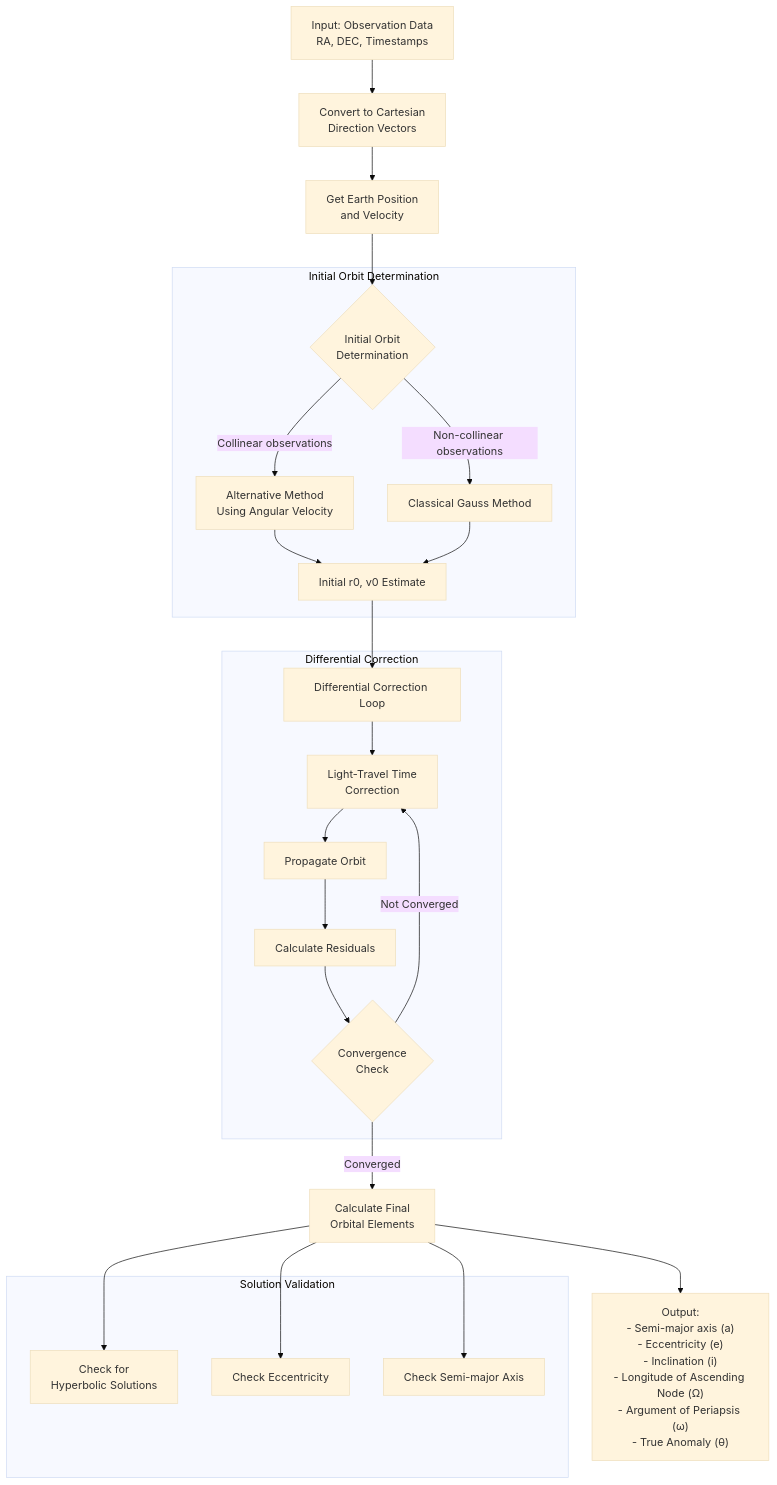
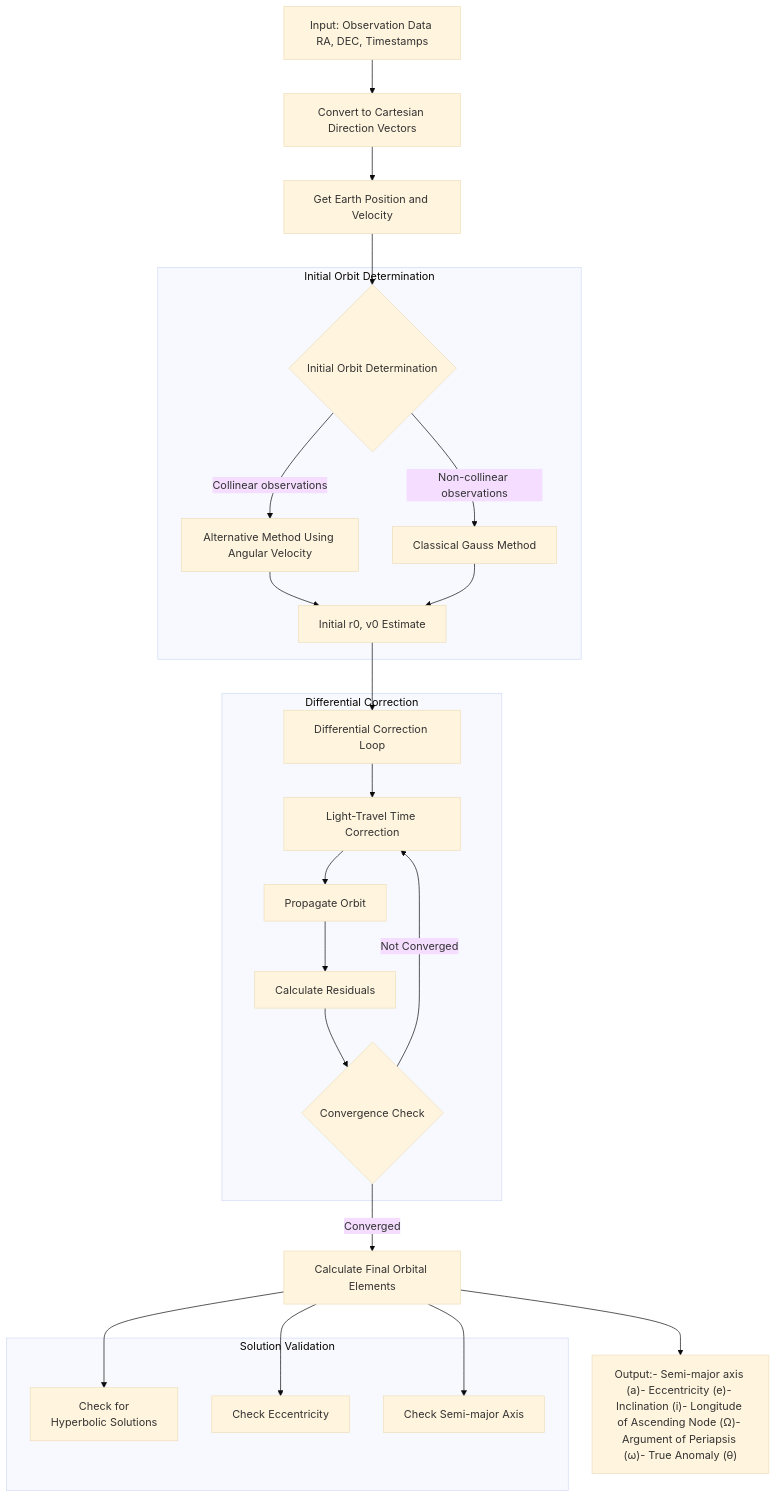
The diagram in README.MD (Mykaell-Max/Preliminar-Orbit-Determination), drawn with Mermaid (base theme) before and after one commit.

Commit message:
Correction 2

````diff
--- a/README.MD
+++ b/README.MD
@@ -94,49 +94,49 @@
 ```mermaid
 flowchart TD
-    A[Input: Observation Data\nRA, DEC, Timestamps] --> B[Convert to Cartesian\nDirection Vectors]
-    B --> C[Get Earth Position\nand Velocity]
-    C --> D{Initial Orbit\nDetermination}
+    A[Input: Observation Data RA, DEC, Timestamps] --> B[Convert to Cartesian Direction Vectors]
+    B --> C[Get Earth Position and Velocity]
+    C --> D{Initial Orbit Determination}
     
-    D -->|Collinear observations| E[Alternative Method\nUsing Angular Velocity]
+    D -->|Collinear observations| E[Alternative Method Using Angular Velocity]
     D -->|Non-collinear observations| F[Classical Gauss Method]
     
     E --> G[Initial r0, v0 Estimate]
     F --> G
     
     G --> H[Differential Correction Loop]
     
-    H --> I[Light-Travel Time\nCorrection]
+    H --> I[Light-Travel Time Correction]
     I --> J[Propagate Orbit]
     J --> K[Calculate Residuals]
-    K --> L{Convergence\nCheck}
+    K --> L{Convergence Check}
     
     L -->|Not Converged| I
-    L -->|Converged| M[Calculate Final\nOrbital Elements]
+    L -->|Converged| M[Calculate Final Orbital Elements]
     
-    M --> N["Output:\n- Semi-major axis (a)\n- Eccentricity (e)\n- Inclination (i)\n- Longitude of Ascending Node (Ω)\n- Argument of Periapsis (ω)\n- True Anomaly (θ)"]
+    M --> N["Output:- Semi-major axis (a)- Eccentricity (e)- Inclination (i)- Longitude of Ascending Node (Ω)- Argument of Periapsis (ω)- True Anomaly (θ)"]
     
     subgraph "Differential Correction"
         H
         I
         J
         K
         L
     end
     
     subgraph "Initial Orbit Determination"
         D
         E
         F
         G
     end
     
     subgraph "Solution Validation"
         O[Check for\nHyperbolic Solutions]
         P[Check Eccentricity]
         Q[Check Semi-major Axis]
     end
     
     M --> O
     M --> P
     M --> Q
 ```
````
